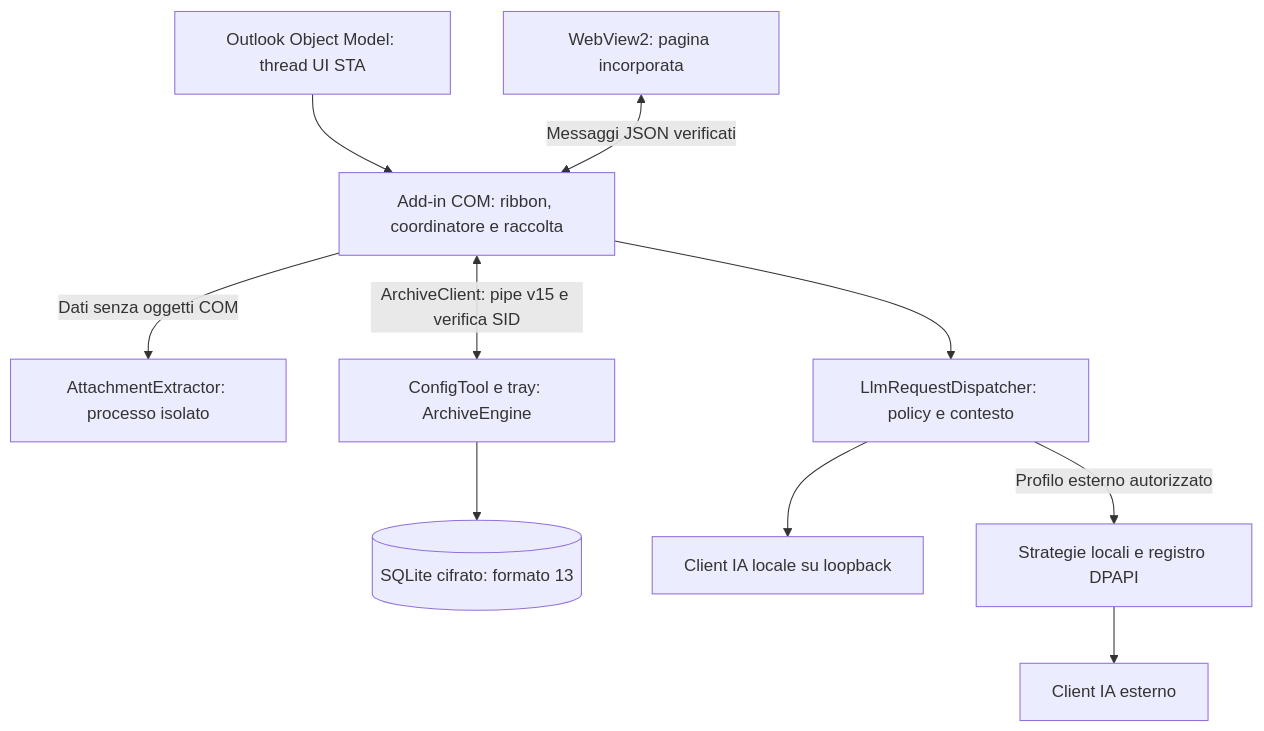
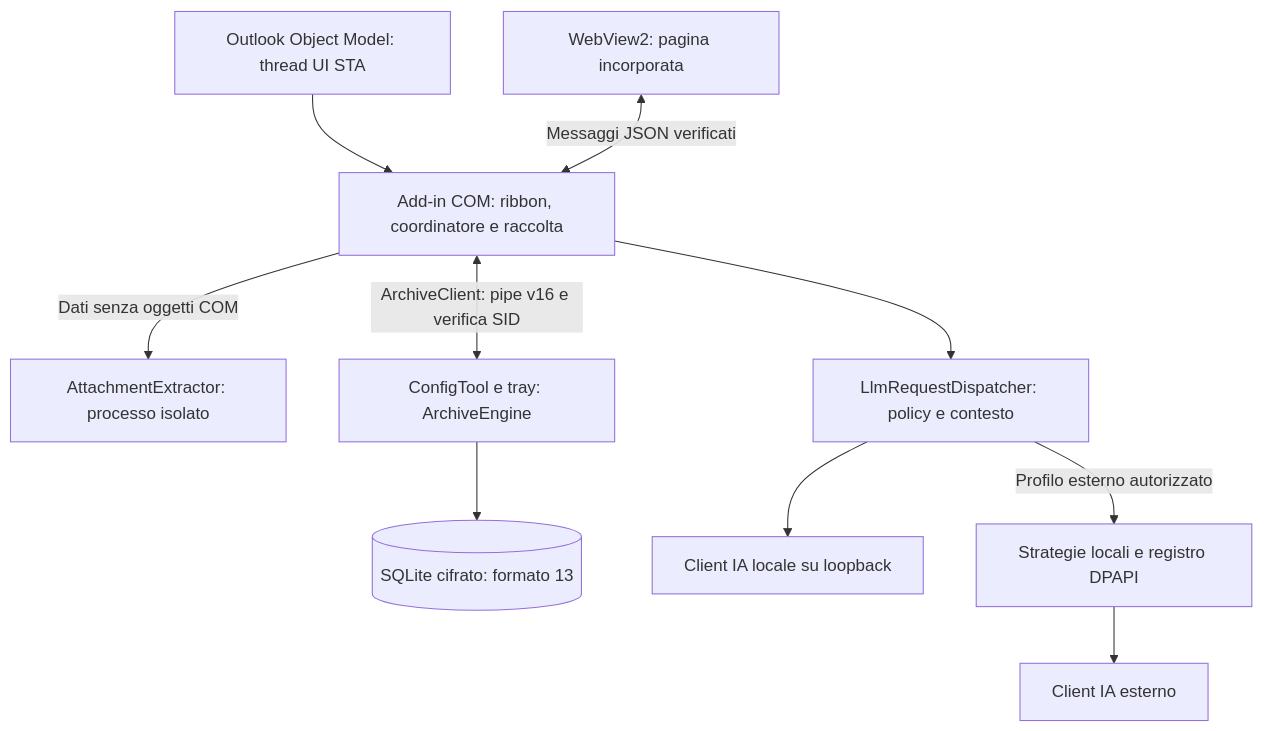
One commit to dennidalpos/OnlyWorkspace changed the diagram in docs/tecnico/architettura.md. Above: the diagram before and after it, drawn with Mermaid. The commit also changed other lines of this file and 56 other files, not shown here.

````diff
--- a/docs/tecnico/architettura.md
+++ b/docs/tecnico/architettura.md
@@ -30,12 +30,12 @@
 ```mermaid
 flowchart TD
     O["Outlook Object Model: thread UI STA"] --> I["Add-in COM: ribbon, coordinatore e raccolta"]
     W["WebView2: pagina incorporata"] <-->|"Messaggi JSON verificati"| I
     I -->|"Dati senza oggetti COM"| X["AttachmentExtractor: processo isolato"]
-    I <-->|"ArchiveClient: pipe v15 e verifica SID"| T["ConfigTool e tray: ArchiveEngine"]
+    I <-->|"ArchiveClient: pipe v16 e verifica SID"| T["ConfigTool e tray: ArchiveEngine"]
     T --> D[("SQLite cifrato: formato 13")]
     I --> P["LlmRequestDispatcher: policy e contesto"]
     P --> L["Client IA locale su loopback"]
     P -->|"Profilo esterno autorizzato"| S["Strategie locali e registro DPAPI"]
     S --> E["Client IA esterno"]
 ```
````
